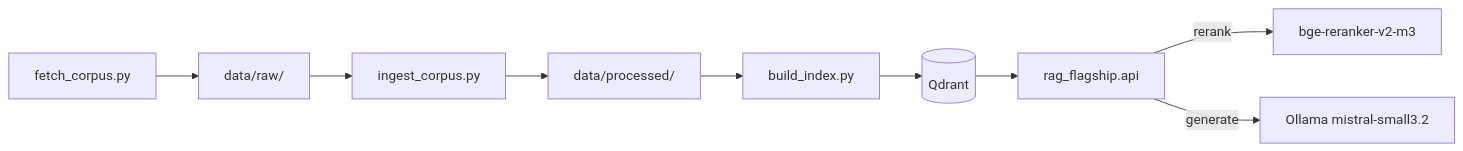
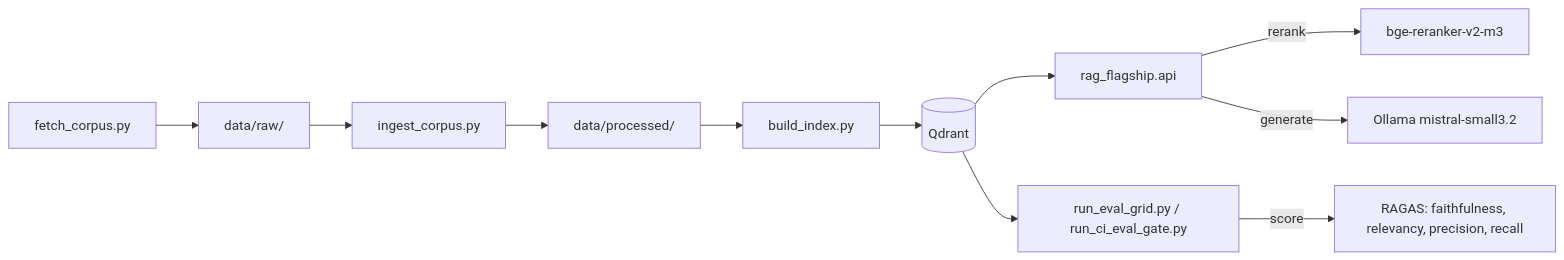
One commit to Eqqinox/Ragulation changed the diagram in README.md. Above: the diagram before and after it, drawn with Mermaid. The commit also changed other lines of this file and 17 other files, not shown here.

````diff
--- a/README.md
+++ b/README.md
@@ -109,11 +119,13 @@
 ```mermaid
 flowchart LR
     A[fetch_corpus.py] --> B[data/raw/]
     B --> C[ingest_corpus.py]
     C --> D[data/processed/]
     D --> E[build_index.py]
     E --> F[(Qdrant)]
     F --> G[rag_flagship.api]
     G -->|"rerank"| H[bge-reranker-v2-m3]
     G -->|"generate"| I[Ollama mistral-small3.2]
+    F --> J[run_eval_grid.py / run_ci_eval_gate.py]
+    J -->|"score"| K[RAGAS: faithfulness, relevancy, precision, recall]
 ```
````
